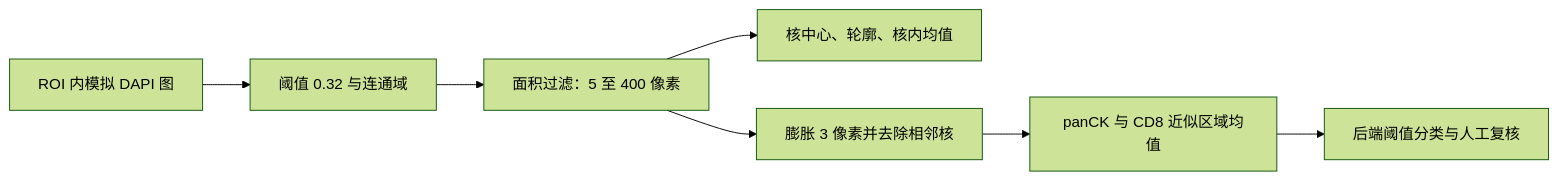
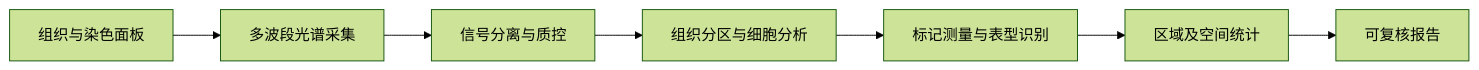
The diagram in docs/guide/02-医学概念与算法边界.md (sjjjlol/OncoMosaic), drawn with Mermaid (forest theme) before and after one commit. The commit also changed other lines of this file and 34 other files, not shown here.

````diff
--- a/docs/guide/02-医学概念与算法边界.md
+++ b/docs/guide/02-医学概念与算法边界.md
@@ -33,9 +51,9 @@
 ```mermaid
 flowchart LR
-    A[ROI 内模拟 DAPI 图] --> B[阈值 0.32 与连通域]
-    B --> C[面积过滤：5 至 400 像素]
-    C --> D[核中心、轮廓、核内均值]
-    C --> E[膨胀 3 像素并去除相邻核]
-    E --> F[panCK 与 CD8 近似区域均值]
-    F --> G[后端阈值分类与人工复核]
+    A[组织与染色面板] --> B[多波段光谱采集]
+    B --> C[信号分离与质控]
+    C --> D[组织分区与细胞分析]
+    D --> E[标记测量与表型识别]
+    E --> F[区域及空间统计]
+    F --> G[可复核报告]
 ```
````
